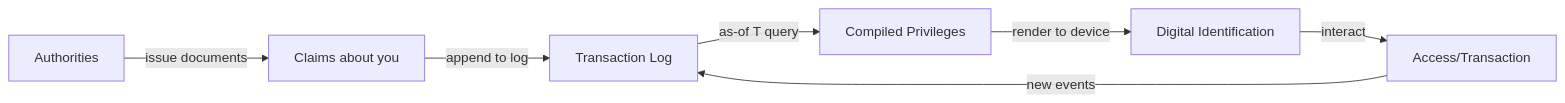
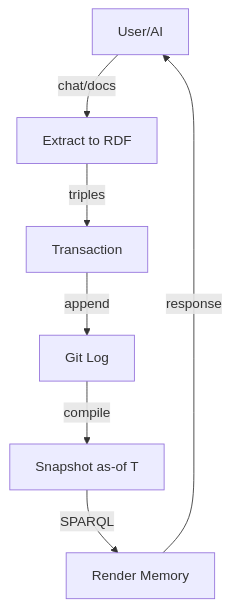
Before and after one commit to Synthetic-Identity-Co/conj-talk-2025: the first of 6 diagrams in presenter.md, drawn with Mermaid. The commit also changed other lines of this file, not shown here.

````diff
--- a/presenter.md
+++ b/presenter.md
@@ -139,9 +53,9 @@
 ```mermaid
-graph LR
-    A[Authorities] -->|issue documents| B[Claims about you]
-    B -->|append to log| C[Transaction Log]
-    C -->|as-of T query| D[Compiled Privileges]
-    D -->|render to device| E[Digital Identification]
-    E -->|interact| F[Access/Transaction]
-    F -->|new events| C
+graph TB
+    User[User/AI] -->|chat/docs| Extract[Extract to RDF]
+    Extract -->|triples| Tx[Transaction]
+    Tx -->|append| Log[Git Log]
+    Log -->|compile| Snapshot[Snapshot as-of T]
+    Snapshot -->|SPARQL| Render[Render Memory]
+    Render -->|response| User
 ```
````
